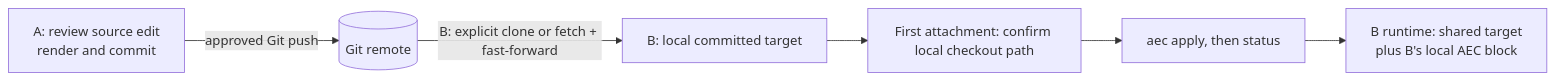
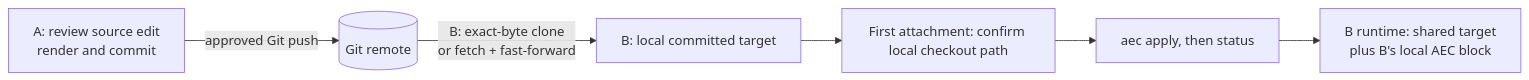
Before and after one commit to ferrywlto/ai-env-as-code: the fourth of 12 diagrams in docs/reference.md, drawn with Mermaid. The commit also changed other lines of this file and 3 other files, not shown here.

````diff
--- a/docs/reference.md
+++ b/docs/reference.md
@@ -233,8 +233,8 @@
 ```mermaid
 flowchart LR
     A["A: review source edit<br/>render and commit"] -->|"approved Git push"| Remote[(Git remote)]
-    Remote -->|"B: explicit clone or fetch + fast-forward"| B["B: local committed target"]
+    Remote -->|"B: exact-byte clone<br/>or fetch + fast-forward"| B["B: local committed target"]
     B --> Confirm["First attachment: confirm local checkout path"]
     Confirm --> Apply["aec apply, then status"]
     Apply --> Runtime["B runtime: shared target<br/>plus B's local AEC block"]
 ```
````
